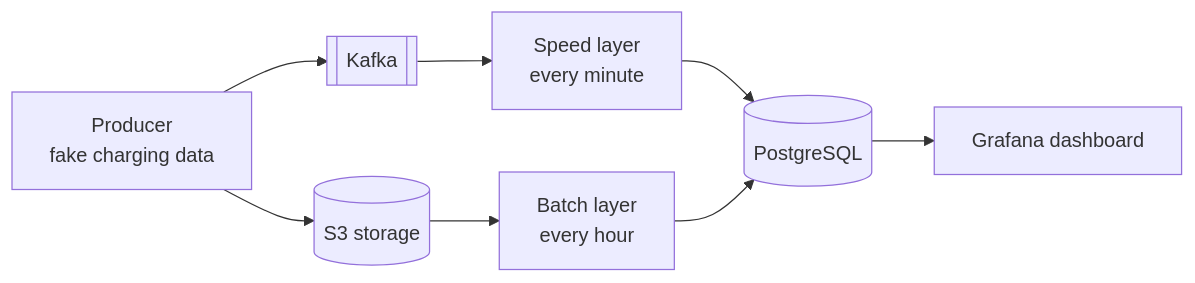
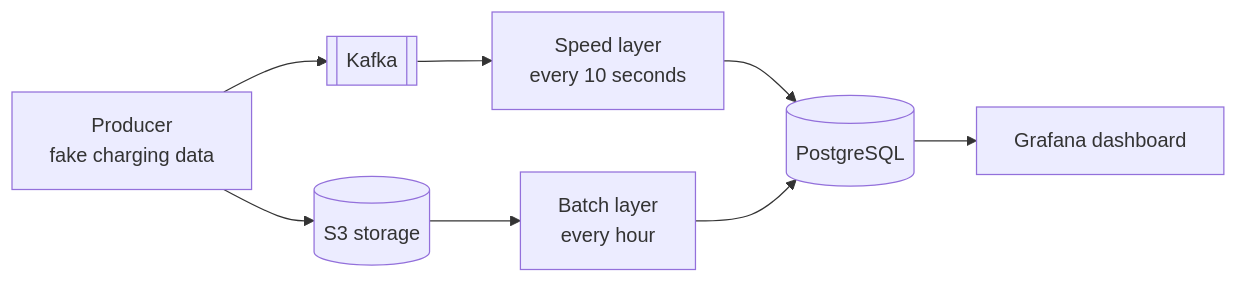
The diagram in README.md (k-rtik-cmd/ChargePulse), drawn with Mermaid before and after one commit.

````diff
--- a/README.md
+++ b/README.md
@@ -16,10 +16,10 @@
 ```mermaid
 flowchart LR
     P[Producer<br/>fake charging data] --> K[[Kafka]]
     P --> S3[(S3 storage)]
-    K --> SL[Speed layer<br/>every minute]
+    K --> SL[Speed layer<br/>every 10 seconds]
     S3 --> BL[Batch layer<br/>every hour]
     SL --> PG[(PostgreSQL)]
     BL --> PG
     PG --> G[Grafana dashboard]
 ```
````
